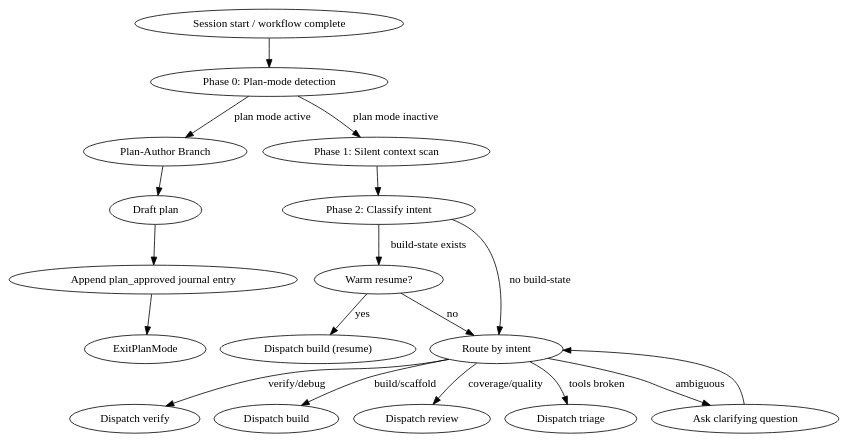
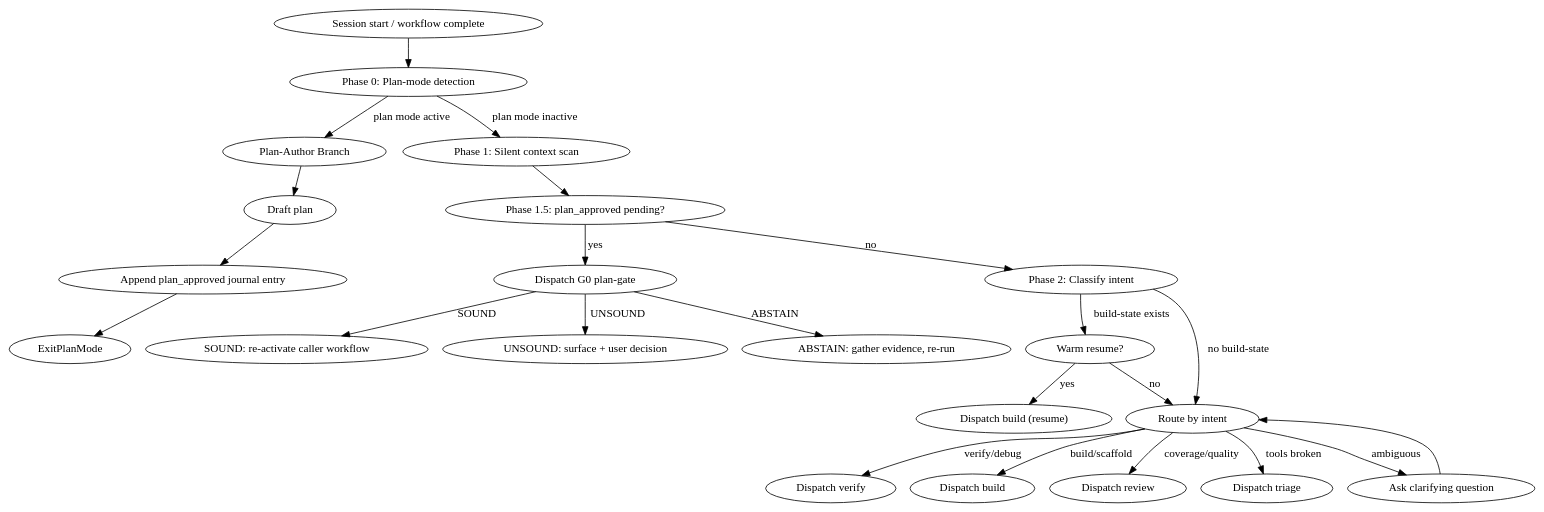
The diagram in plugins/panther-ivy-plugin/skills/navigate/SKILL.md (ElNiak/panther-ivy-plugin), drawn with Graphviz before and after one commit. The commit also changed other lines of this file, not shown here.

````diff
--- a/plugins/panther-ivy-plugin/skills/navigate/SKILL.md
+++ b/plugins/panther-ivy-plugin/skills/navigate/SKILL.md
@@ -34,19 +34,24 @@
 ```dot
 digraph navigate_flow {
   "Session start / workflow complete" -> "Phase 0: Plan-mode detection";
   "Phase 0: Plan-mode detection" -> "Plan-Author Branch" [label="plan mode active"];
   "Phase 0: Plan-mode detection" -> "Phase 1: Silent context scan" [label="plan mode inactive"];
   "Plan-Author Branch" -> "Draft plan" -> "Append plan_approved journal entry" -> "ExitPlanMode";
-  "Phase 1: Silent context scan" -> "Phase 2: Classify intent";
+  "Phase 1: Silent context scan" -> "Phase 1.5: plan_approved pending?";
+  "Phase 1.5: plan_approved pending?" -> "Dispatch G0 plan-gate" [label="yes"];
+  "Phase 1.5: plan_approved pending?" -> "Phase 2: Classify intent" [label="no"];
+  "Dispatch G0 plan-gate" -> "SOUND: re-activate caller workflow" [label="SOUND"];
+  "Dispatch G0 plan-gate" -> "UNSOUND: surface + user decision" [label="UNSOUND"];
+  "Dispatch G0 plan-gate" -> "ABSTAIN: gather evidence, re-run" [label="ABSTAIN"];
   "Phase 2: Classify intent" -> "Warm resume?" [label="build-state exists"];
   "Warm resume?" -> "Dispatch build (resume)" [label="yes"];
   "Warm resume?" -> "Route by intent" [label="no"];
   "Phase 2: Classify intent" -> "Route by intent" [label="no build-state"];
   "Route by intent" -> "Dispatch verify" [label="verify/debug"];
   "Route by intent" -> "Dispatch build" [label="build/scaffold"];
   "Route by intent" -> "Dispatch review" [label="coverage/quality"];
   "Route by intent" -> "Dispatch triage" [label="tools broken"];
   "Route by intent" -> "Ask clarifying question" [label="ambiguous"];
   "Ask clarifying question" -> "Route by intent";
 }
 ```
````
